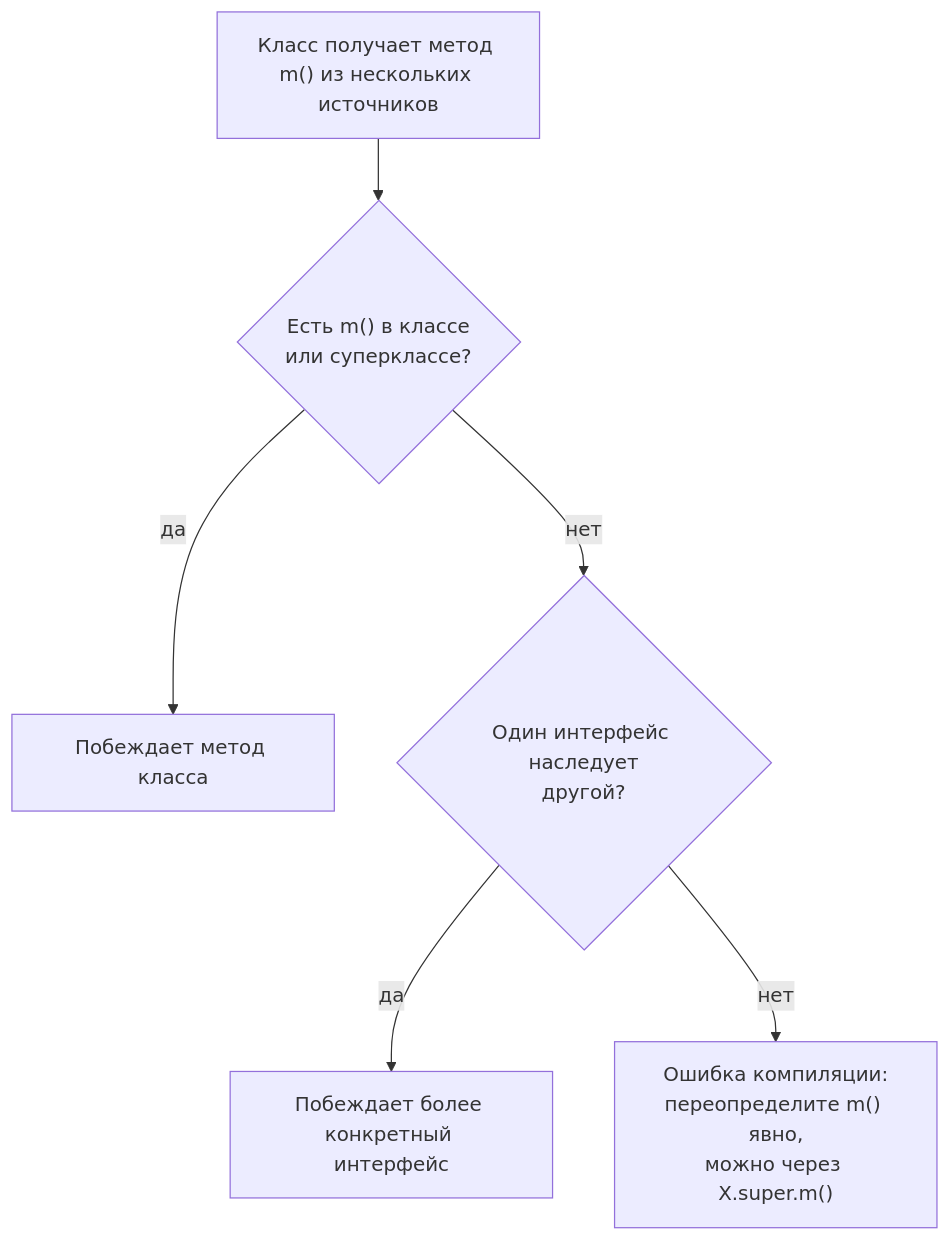
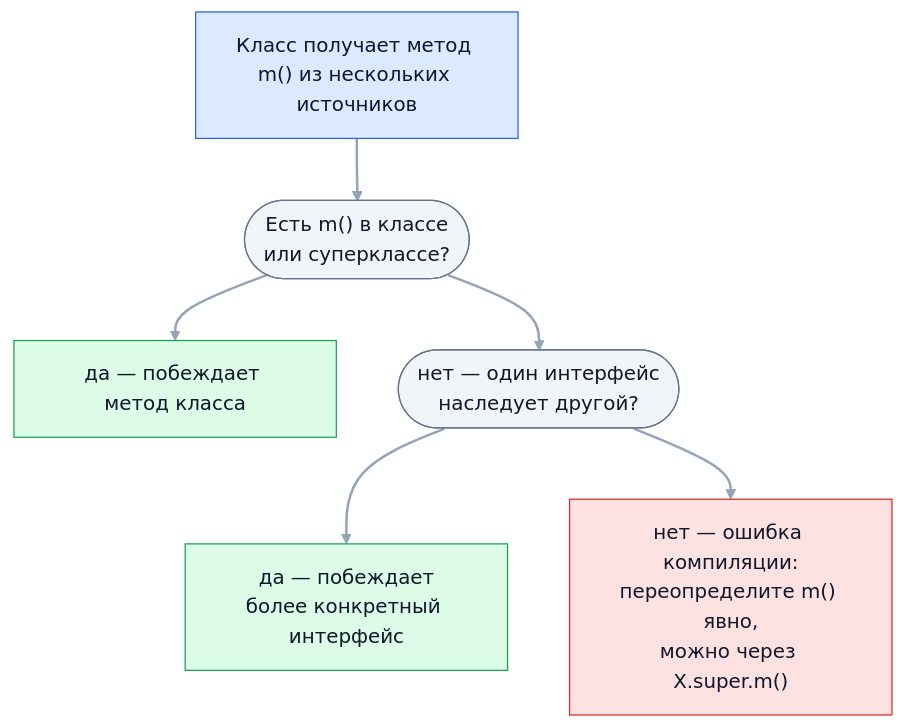
One commit to bogdan111305/java-senior-roadmap changed the diagram in kb/03-oop/04-abstract-vs-interface.md. Above: the diagram before and after it, drawn with Mermaid. The commit also changed 31 other files, not shown here.

````diff
--- a/kb/03-oop/04-abstract-vs-interface.md
+++ b/kb/03-oop/04-abstract-vs-interface.md
@@ -169,8 +169,18 @@
 ```mermaid
 flowchart TD
-    A["Класс получает метод m() из нескольких источников"] --> B{"Есть m() в классе<br/>или суперклассе?"}
-    B -- да --> C["Побеждает метод класса"]
-    B -- нет --> D{"Один интерфейс наследует<br/>другой?"}
-    D -- да --> E["Побеждает более конкретный интерфейс"]
-    D -- нет --> F["Ошибка компиляции:<br/>переопределите m() явно,<br/>можно через X.super.m()"]
+    A["Класс получает метод m() из нескольких источников"] --> B(["Есть m() в классе<br/>или суперклассе?"])
+    B --> C["да — побеждает метод класса"]
+    B --> D(["нет — один интерфейс<br/>наследует другой?"])
+    D --> E["да — побеждает<br/>более конкретный интерфейс"]
+    D --> F["нет — ошибка компиляции:<br/>переопределите m() явно,<br/>можно через X.super.m()"]
+    classDef main fill:#dbeafe,stroke:#2563eb,color:#0f172a
+    classDef accent fill:#fef3c7,stroke:#d97706,color:#0f172a
+    classDef good fill:#dcfce7,stroke:#16a34a,color:#0f172a
+    classDef muted fill:#f1f5f9,stroke:#64748b,color:#0f172a
+    classDef bad fill:#fee2e2,stroke:#dc2626,color:#0f172a
+    class A main
+    class B,D muted
+    class C,E good
+    class F bad
+    linkStyle default stroke:#94a3b8,stroke-width:2px
 ```
````
